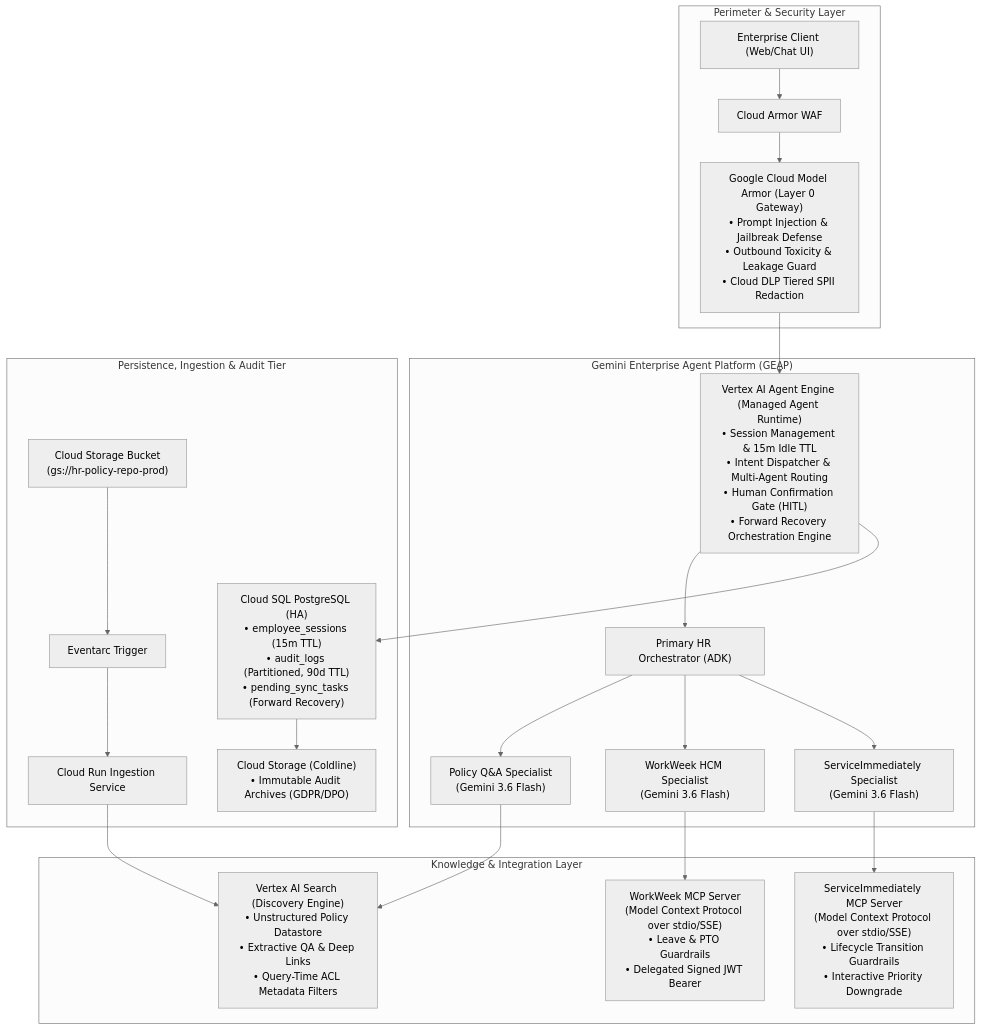
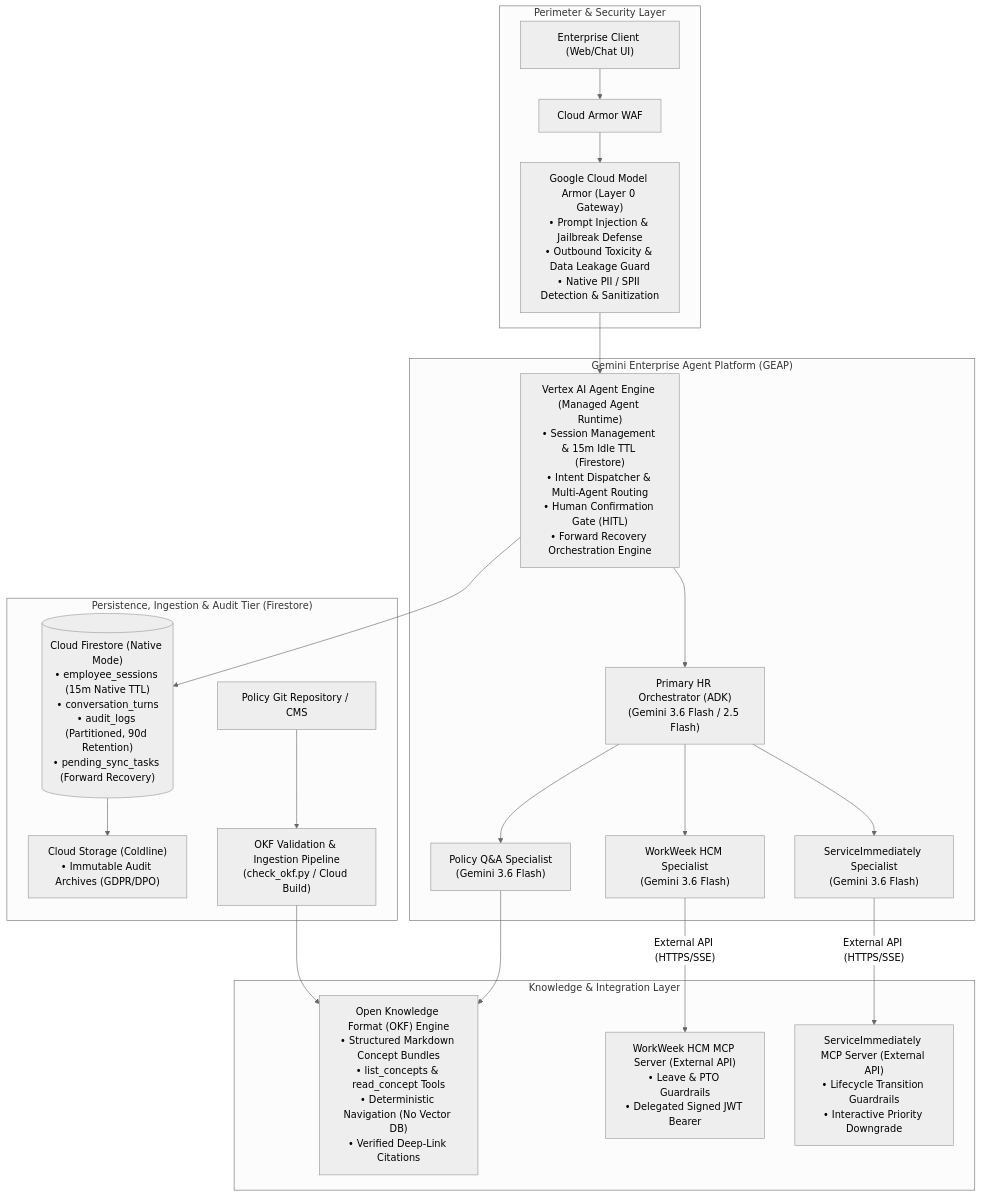
Before and after one commit to hhosur81-gcloud/so-elevated: the diagram in technical_design/capabilities_mapping_matrix.md, drawn with Mermaid (neutral theme). The commit also changed other lines of this file and 4 other files, not shown here.

Commit message:
refactor(technical_design): align TDD with external MCP APIs, OKF retrieval, Model Armor PII, and Firestore persistence

````diff
--- a/technical_design/capabilities_mapping_matrix.md
+++ b/technical_design/capabilities_mapping_matrix.md
@@ -18,35 +20,34 @@
 ```mermaid
 flowchart TD
     subgraph ClientAndSecurity["Perimeter & Security Layer"]
         Client["Enterprise Client (Web/Chat UI)"] --> WAF["Cloud Armor WAF"]
-        WAF --> ModelArmor["Google Cloud Model Armor (Layer 0 Gateway)<br>• Prompt Injection & Jailbreak Defense<br>• Outbound Toxicity & Leakage Guard<br>• Cloud DLP Tiered SPII Redaction"]
+        WAF --> ModelArmor["Google Cloud Model Armor (Layer 0 Gateway)<br>• Prompt Injection & Jailbreak Defense<br>• Outbound Toxicity & Data Leakage Guard<br>• Native PII / SPII Detection & Sanitization"]
     end
 
     subgraph AgentPlatform["Gemini Enterprise Agent Platform (GEAP)"]
-        ModelArmor --> AgentEngine["Vertex AI Agent Engine (Managed Agent Runtime)<br>• Session Management & 15m Idle TTL<br>• Intent Dispatcher & Multi-Agent Routing<br>• Human Confirmation Gate (HITL)<br>• Forward Recovery Orchestration Engine"]
+        ModelArmor --> AgentEngine["Vertex AI Agent Engine (Managed Agent Runtime)<br>• Session Management & 15m Idle TTL (Firestore)<br>• Intent Dispatcher & Multi-Agent Routing<br>• Human Confirmation Gate (HITL)<br>• Forward Recovery Orchestration Engine"]
         
-        AgentEngine --> PrimaryOrch["Primary HR Orchestrator (ADK)"]
+        AgentEngine --> PrimaryOrch["Primary HR Orchestrator (ADK)<br>(Gemini 3.6 Flash / 2.5 Flash)"]
         
         PrimaryOrch --> PolicyAgent["Policy Q&A Specialist<br>(Gemini 3.6 Flash)"]
         PrimaryOrch --> WorkWeekAgent["WorkWeek HCM Specialist<br>(Gemini 3.6 Flash)"]
         PrimaryOrch --> ITSMAgent["ServiceImmediately Specialist<br>(Gemini 3.6 Flash)"]
     end
 
     subgraph GroundingAndIntegrations["Knowledge & Integration Layer"]
-        PolicyAgent --> VertexSearch["Vertex AI Search (Discovery Engine)<br>• Unstructured Policy Datastore<br>• Extractive QA & Deep Links<br>• Query-Time ACL Metadata Filters"]
+        PolicyAgent --> OKFEngine["Open Knowledge Format (OKF) Engine<br>• Structured Markdown Concept Bundles<br>• list_concepts & read_concept Tools<br>• Deterministic Navigation (No Vector DB)<br>• Verified Deep-Link Citations"]
         
-        WorkWeekAgent --> WW_MCP["WorkWeek MCP Server<br>(Model Context Protocol over stdio/SSE)<br>• Leave & PTO Guardrails<br>• Delegated Signed JWT Bearer"]
+        WorkWeekAgent -->|"External API (HTTPS/SSE)"| WW_MCP["WorkWeek HCM MCP Server (External API)<br>• Leave & PTO Guardrails<br>• Delegated Signed JWT Bearer"]
         
-        ITSMAgent --> SI_MCP["ServiceImmediately MCP Server<br>(Model Context Protocol over stdio/SSE)<br>• Lifecycle Transition Guardrails<br>• Interactive Priority Downgrade"]
+        ITSMAgent -->|"External API (HTTPS/SSE)"| SI_MCP["ServiceImmediately MCP Server (External API)<br>• Lifecycle Transition Guardrails<br>• Interactive Priority Downgrade"]
     end
 
-    subgraph DataAndResilience["Persistence, Ingestion & Audit Tier"]
-        AgentEngine --> CloudSQL["Cloud SQL PostgreSQL (HA)<br>• employee_sessions (15m TTL)<br>• audit_logs (Partitioned, 90d TTL)<br>• pending_sync_tasks (Forward Recovery)"]
+    subgraph DataAndResilience["Persistence, Ingestion & Audit Tier (Firestore)"]
+        AgentEngine --> Firestore[("Cloud Firestore (Native Mode)<br>• employee_sessions (15m Native TTL)<br>• conversation_turns<br>• audit_logs (Partitioned, 90d Retention)<br>• pending_sync_tasks (Forward Recovery)")]
         
-        CloudSQL --> Coldline["Cloud Storage (Coldline)<br>• Immutable Audit Archives (GDPR/DPO)"]
+        Firestore --> Coldline["Cloud Storage (Coldline)<br>• Immutable Audit Archives (GDPR/DPO)"]
         
-        GCS["Cloud Storage Bucket<br>(gs://hr-policy-repo-prod)"] --> Eventarc["Eventarc Trigger"]
-        Eventarc --> IngestRun["Cloud Run Ingestion Service"]
-        IngestRun --> VertexSearch
+        GitDocs["Policy Git Repository / CMS"] --> IngestWorker["OKF Validation & Ingestion Pipeline<br>(check_okf.py / Cloud Build)"]
+        IngestWorker --> OKFEngine
     end
 ```
````
